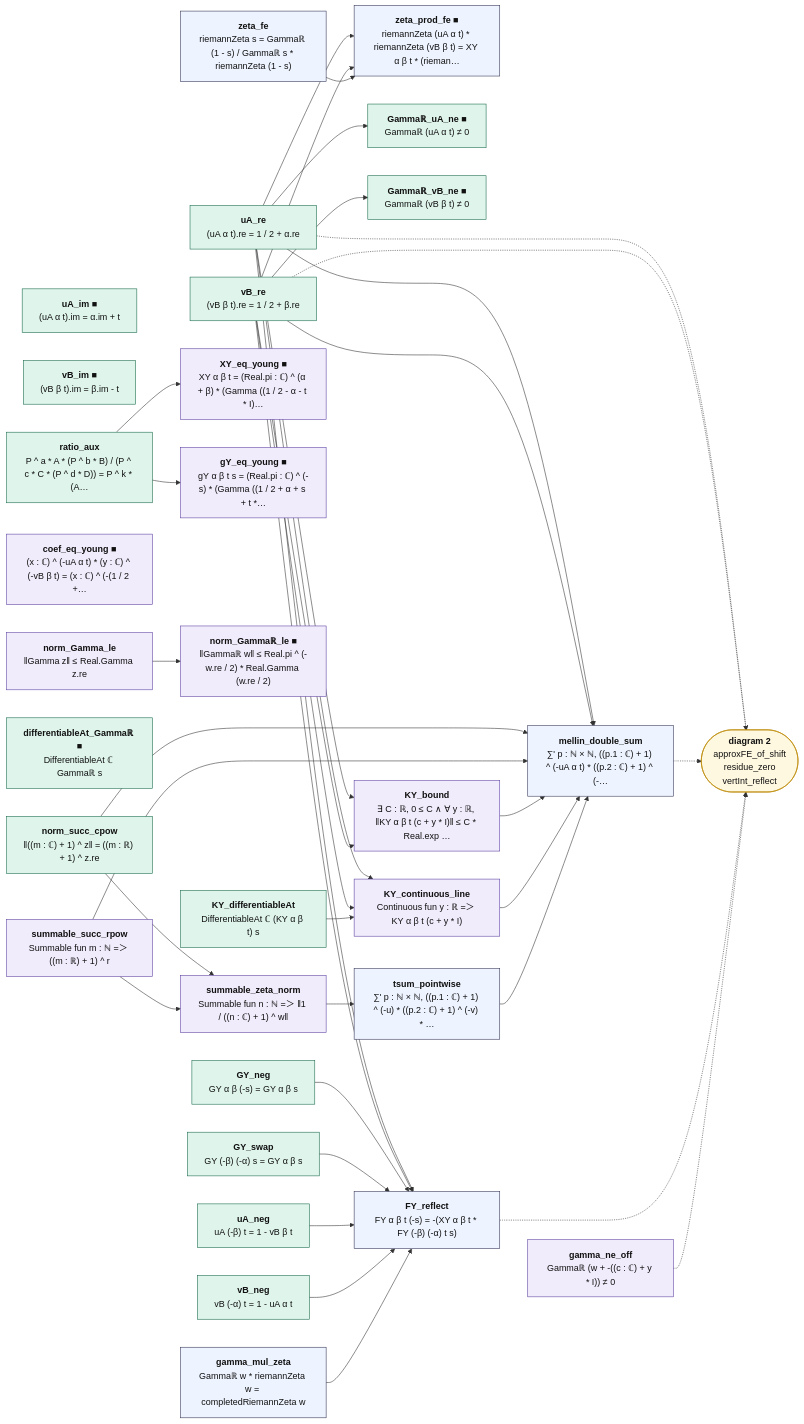
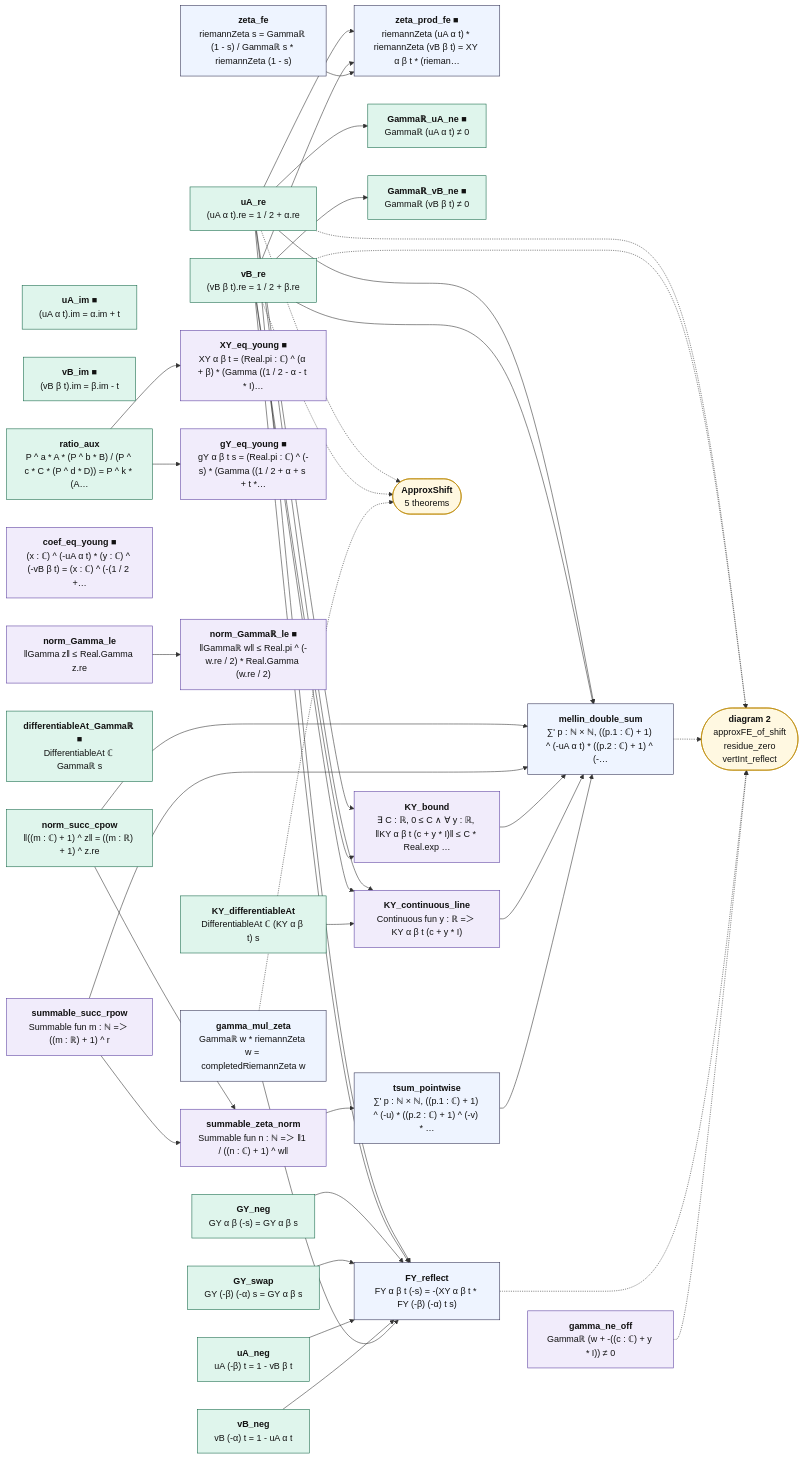
Before and after one commit to juliansambranojr/Primebeat_081426: the diagram in map/lean_stage3/ApproxFE.1.mmd, drawn with Mermaid. The commit also changed 19 other files, not shown here.

```diff
--- a/map/lean_stage3/ApproxFE.1.mmd
+++ b/map/lean_stage3/ApproxFE.1.mmd
@@ -1,75 +1,79 @@
 flowchart LR
   n0["<b>uA_re</b><br/>(uA α t).re = 1 / 2 + α.re"]:::cnt
   n1["<b>vB_re</b><br/>(vB β t).re = 1 / 2 + β.re"]:::cnt
   n2["<b>uA_im ■</b><br/>(uA α t).im = α.im + t"]:::cnt
   n3["<b>vB_im ■</b><br/>(vB β t).im = β.im - t"]:::cnt
   n4["<b>zeta_fe</b><br/>riemannZeta s = Gammaℝ (1 - s) / Gammaℝ s * riemannZeta (1 - s)"]:::thm
   n5["<b>zeta_prod_fe ■</b><br/>riemannZeta (uA α t) * riemannZeta (vB β t) = XY α β t * (rieman…"]:::thm
   n6["<b>Gammaℝ_uA_ne ■</b><br/>Gammaℝ (uA α t) ≠ 0"]:::cnt
   n7["<b>Gammaℝ_vB_ne ■</b><br/>Gammaℝ (vB β t) ≠ 0"]:::cnt
   n8["<b>ratio_aux</b><br/>P ^ a * A * (P ^ b * B) / (P ^ c * C * (P ^ d * D)) = P ^ k * (A…"]:::cnt
   n9["<b>XY_eq_young ■</b><br/>XY α β t = (Real.pi : ℂ) ^ (α + β) * (Gamma ((1 / 2 - α - t * I)…"]:::shp
   n10["<b>gY_eq_young ■</b><br/>gY α β t s = (Real.pi : ℂ) ^ (-s) * (Gamma ((1 / 2 + α + s + t *…"]:::shp
   n11["<b>coef_eq_young ■</b><br/>(x : ℂ) ^ (-uA α t) * (y : ℂ) ^ (-vB β t) = (x : ℂ) ^ (-(1 / 2 +…"]:::shp
   n12["<b>norm_Gamma_le</b><br/>‖Gamma z‖ ≤ Real.Gamma z.re"]:::shp
   n13["<b>norm_Gammaℝ_le ■</b><br/>‖Gammaℝ w‖ ≤ Real.pi ^ (-w.re / 2) * Real.Gamma (w.re / 2)"]:::shp
   n14["<b>differentiableAt_Gammaℝ ■</b><br/>DifferentiableAt ℂ Gammaℝ s"]:::cnt
   n15["<b>norm_succ_cpow</b><br/>‖((m : ℂ) + 1) ^ z‖ = ((m : ℝ) + 1) ^ z.re"]:::cnt
   n16["<b>summable_succ_rpow</b><br/>Summable fun m : ℕ =＞ ((m : ℝ) + 1) ^ r"]:::shp
   n17["<b>summable_zeta_norm</b><br/>Summable fun n : ℕ =＞ ‖1 / ((n : ℂ) + 1) ^ w‖"]:::shp
   n18["<b>KY_bound</b><br/>∃ C : ℝ, 0 ≤ C ∧ ∀ y : ℝ, ‖KY α β t (c + y * I)‖ ≤ C * Real.exp …"]:::shp
   n19["<b>KY_differentiableAt</b><br/>DifferentiableAt ℂ (KY α β t) s"]:::cnt
   n20["<b>KY_continuous_line</b><br/>Continuous fun y : ℝ =＞ KY α β t (c + y * I)"]:::shp
   n21["<b>tsum_pointwise</b><br/>∑' p : ℕ × ℕ, ((p.1 : ℂ) + 1) ^ (-u) * ((p.2 : ℂ) + 1) ^ (-v) * …"]:::thm
   n22["<b>mellin_double_sum</b><br/>∑' p : ℕ × ℕ, ((p.1 : ℂ) + 1) ^ (-uA α t) * ((p.2 : ℂ) + 1) ^ (-…"]:::thm
   n23["<b>GY_neg</b><br/>GY α β (-s) = GY α β s"]:::cnt
   n24["<b>GY_swap</b><br/>GY (-β) (-α) s = GY α β s"]:::cnt
   n25["<b>uA_neg</b><br/>uA (-β) t = 1 - vB β t"]:::cnt
   n26["<b>vB_neg</b><br/>vB (-α) t = 1 - uA α t"]:::cnt
   n27["<b>gamma_mul_zeta</b><br/>Gammaℝ w * riemannZeta w = completedRiemannZeta w"]:::thm
   n28["<b>FY_reflect</b><br/>FY α β t (-s) = -(XY α β t * FY (-β) (-α) t s)"]:::thm
   n29["<b>gamma_ne_off</b><br/>Gammaℝ (w + -((c : ℂ) + y * I)) ≠ 0"]:::shp
   x0(["<b>diagram 2</b><br/>approxFE_of_shift<br/>residue_zero<br/>vertInt_reflect"]):::ext
+  x1(["<b>ApproxShift</b><br/>5 theorems"]):::ext
   n0 --> n18
   n0 --> n20
   n0 --> n22
   n0 --> n28
   n0 --> n5
   n0 --> n6
   n1 --> n18
   n1 --> n20
   n1 --> n22
   n1 --> n28
   n1 --> n5
   n1 --> n7
   n12 --> n13
   n15 --> n17
   n15 --> n22
   n16 --> n17
   n16 --> n22
   n17 --> n21
   n18 --> n22
   n19 --> n20
   n20 --> n22
   n21 --> n22
   n23 --> n28
   n24 --> n28
   n25 --> n28
   n26 --> n28
   n27 --> n28
   n4 --> n5
   n8 --> n10
   n8 --> n9
   n0 -.-> x0
+  n0 -.-> x1
   n1 -.-> x0
+  n1 -.-> x1
   n22 -.-> x0
+  n27 -.-> x1
   n28 -.-> x0
   n29 -.-> x0
   classDef cnt fill:#dff5ec,stroke:#17694a,color:#111
   classDef shp fill:#f1ecfb,stroke:#5b3fa0,color:#111
   classDef rh fill:#ffe5e5,stroke:#c22,color:#111,stroke-width:2px
   classDef thm fill:#eef4ff,stroke:#335,color:#111
   classDef end_ fill:#e7f7e7,stroke:#2a7,color:#111,stroke-width:2px
   classDef lone fill:#fff,stroke:#999,color:#111,stroke-dasharray:4 3
   classDef bad fill:#ffe5e5,stroke:#c22,color:#111,stroke-width:2px
   classDef ext fill:#fff8e1,stroke:#b80,color:#111
```
